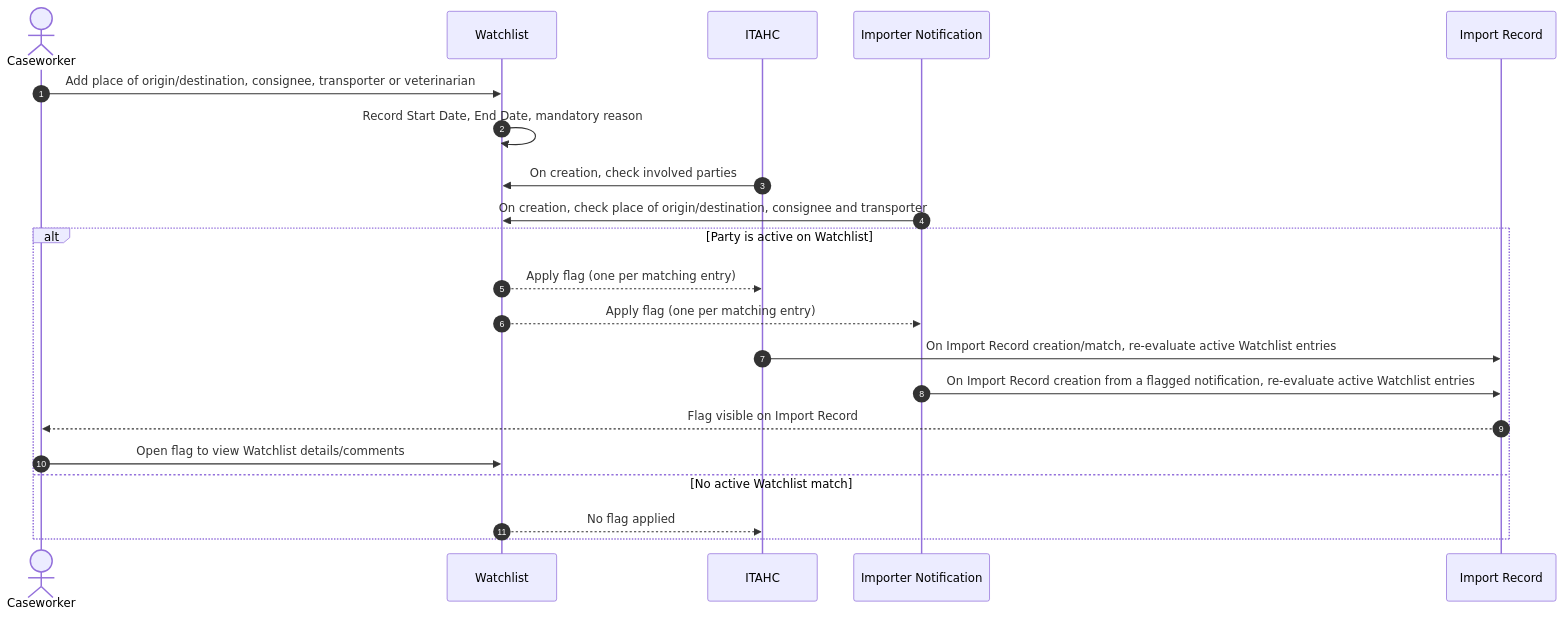
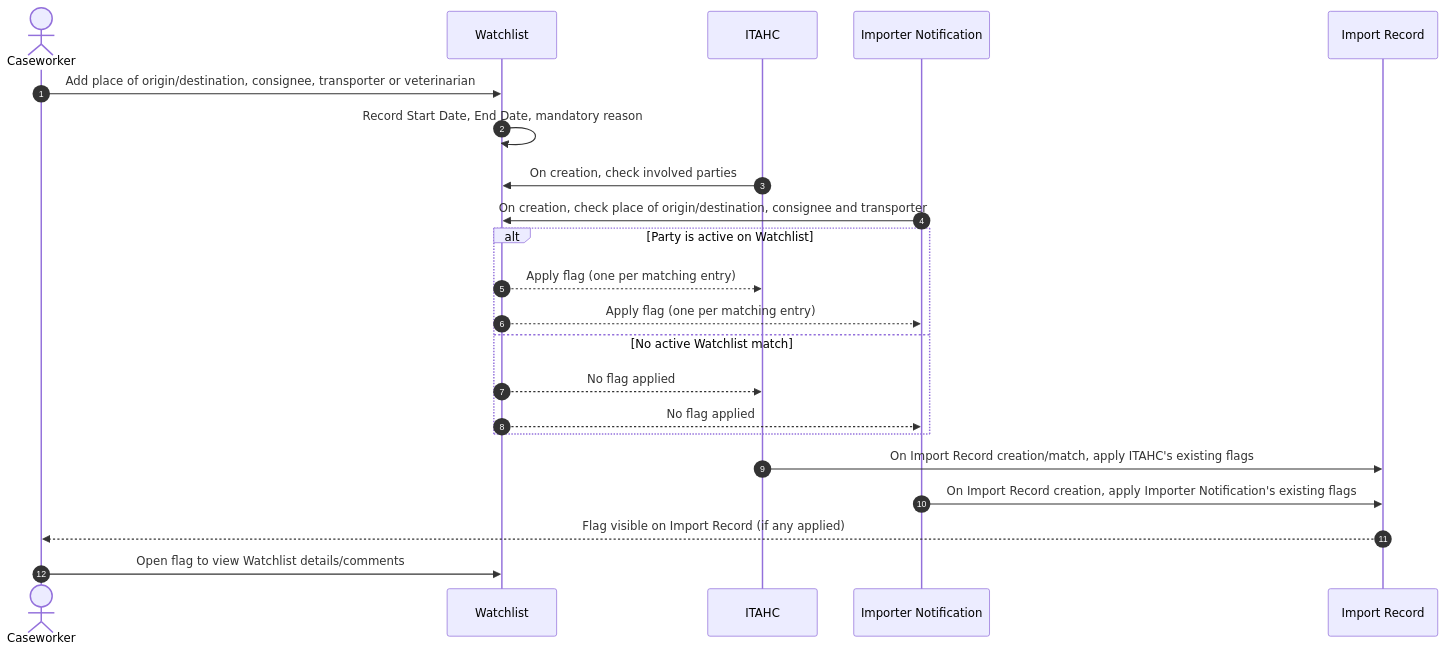
One commit to DEFRA/trade-imports-pims changed the eighth of 8 diagrams in docs/requirements/diagrams/sequence-diagrams.md. Above: the diagram before and after it, drawn with Mermaid. The commit also changed 4 other files, not shown here.

Commit message:
docs: address Make Import Record re-evaluation independent of prior notification flags comment

````diff
--- a/docs/requirements/diagrams/sequence-diagrams.md
+++ b/docs/requirements/diagrams/sequence-diagrams.md
@@ -210,24 +210,25 @@
 ```mermaid
 sequenceDiagram
     autonumber
     actor CW as Caseworker
     participant WL as Watchlist
     participant ITAHC as ITAHC
     participant IN as Importer Notification
     participant IR as Import Record
 
     CW->>WL: Add place of origin/destination, consignee, transporter or veterinarian
     WL->>WL: Record Start Date, End Date, mandatory reason
     ITAHC->>WL: On creation, check involved parties
     IN->>WL: On creation, check place of origin/destination, consignee and transporter
     alt Party is active on Watchlist
         WL-->>ITAHC: Apply flag (one per matching entry)
         WL-->>IN: Apply flag (one per matching entry)
-        ITAHC->>IR: On Import Record creation/match, re-evaluate active Watchlist entries
-        IN->>IR: On Import Record creation from a flagged notification, re-evaluate active Watchlist entries
-        IR-->>CW: Flag visible on Import Record
-        CW->>WL: Open flag to view Watchlist details/comments
     else No active Watchlist match
         WL-->>ITAHC: No flag applied
+        WL-->>IN: No flag applied
     end
+    ITAHC->>IR: On Import Record creation/match, apply ITAHC's existing flags
+    IN->>IR: On Import Record creation, apply Importer Notification's existing flags
+    IR-->>CW: Flag visible on Import Record (if any applied)
+    CW->>WL: Open flag to view Watchlist details/comments
 ```
````
